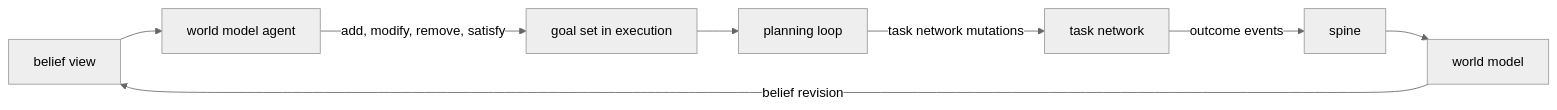
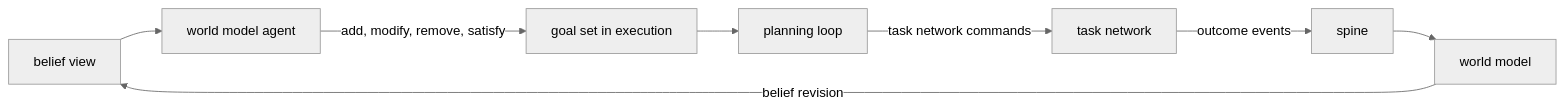
Before and after one commit to JerkyTreats/meld: the diagram in design/cognitive_architecture/execution/goals/README.md, drawn with Mermaid (neutral theme). The commit also changed other lines of this file and 95 other files, not shown here.

Commit message:
feat(execution): add task network store and lowering

````diff
--- a/design/cognitive_architecture/execution/goals/README.md
+++ b/design/cognitive_architecture/execution/goals/README.md
@@ -67,10 +67,10 @@
 ```mermaid
 flowchart LR
     BV[belief view] --> AG[world model agent]
     AG -->|add, modify, remove, satisfy| GS[goal set in execution]
     GS --> PL[planning loop]
-    PL -->|task network mutations| TN[task network]
+    PL -->|task network commands| TN[task network]
     TN -->|outcome events| SP[spine]
     SP --> WM[world model]
     WM -->|belief revision| BV
 ```
````
